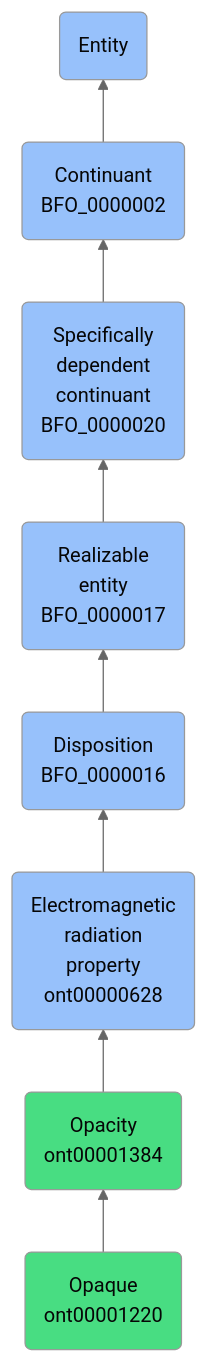
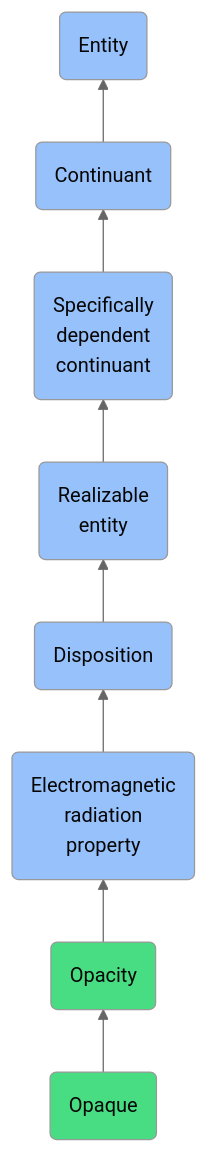
The diagram in docs/ontology/reference/model/Entity/Continuant/Specifically dependent continuant/Realizable entity/Disposition/Electromagnetic radiation property/Opacity/Opaque/Opaque.md (jupyter-naas/abi), drawn with Mermaid (neutral theme) before and after one commit. The commit also changed other lines of this file and 1430 other files, not shown here.

````diff
--- a/docs/ontology/reference/model/Entity/Continuant/Specifically dependent continuant/Realizable entity/Disposition/Electromagnetic radiation property/Opacity/Opaque/Opaque.md
+++ b/docs/ontology/reference/model/Entity/Continuant/Specifically dependent continuant/Realizable entity/Disposition/Electromagnetic radiation property/Opacity/Opaque/Opaque.md
@@ -24,15 +24,15 @@
 ```mermaid
 graph BT
-    ont00001220(Opaque<br>ont00001220):::ABI-->ont00001384
-    ont00001384(Opacity<br>ont00001384):::ABI-->ont00000628
-    ont00000628(Electromagnetic<br>radiation<br>property<br>ont00000628):::BFO-->BFO_0000016
-    BFO_0000016(Disposition<br>BFO_0000016):::BFO-->BFO_0000017
-    BFO_0000017(Realizable<br>entity<br>BFO_0000017):::BFO-->BFO_0000020
-    BFO_0000020(Specifically<br>dependent<br>continuant<br>BFO_0000020):::BFO-->BFO_0000002
-    BFO_0000002(Continuant<br>BFO_0000002):::BFO-->BFO_0000001
+    ont00001220(Opaque):::ABI-->ont00001384
+    ont00001384(Opacity):::ABI-->ont00000628
+    ont00000628(Electromagnetic<br>radiation<br>property):::BFO-->BFO_0000016
+    BFO_0000016(Disposition):::BFO-->BFO_0000017
+    BFO_0000017(Realizable<br>entity):::BFO-->BFO_0000020
+    BFO_0000020(Specifically<br>dependent<br>continuant):::BFO-->BFO_0000002
+    BFO_0000002(Continuant):::BFO-->BFO_0000001
     BFO_0000001(Entity):::BFO
     
     classDef BFO fill:#97c1fb,color:#060606
     classDef CCO fill:#e4c51e,color:#060606
     classDef ABI fill:#48DD82,color:#060606
 ```
````
